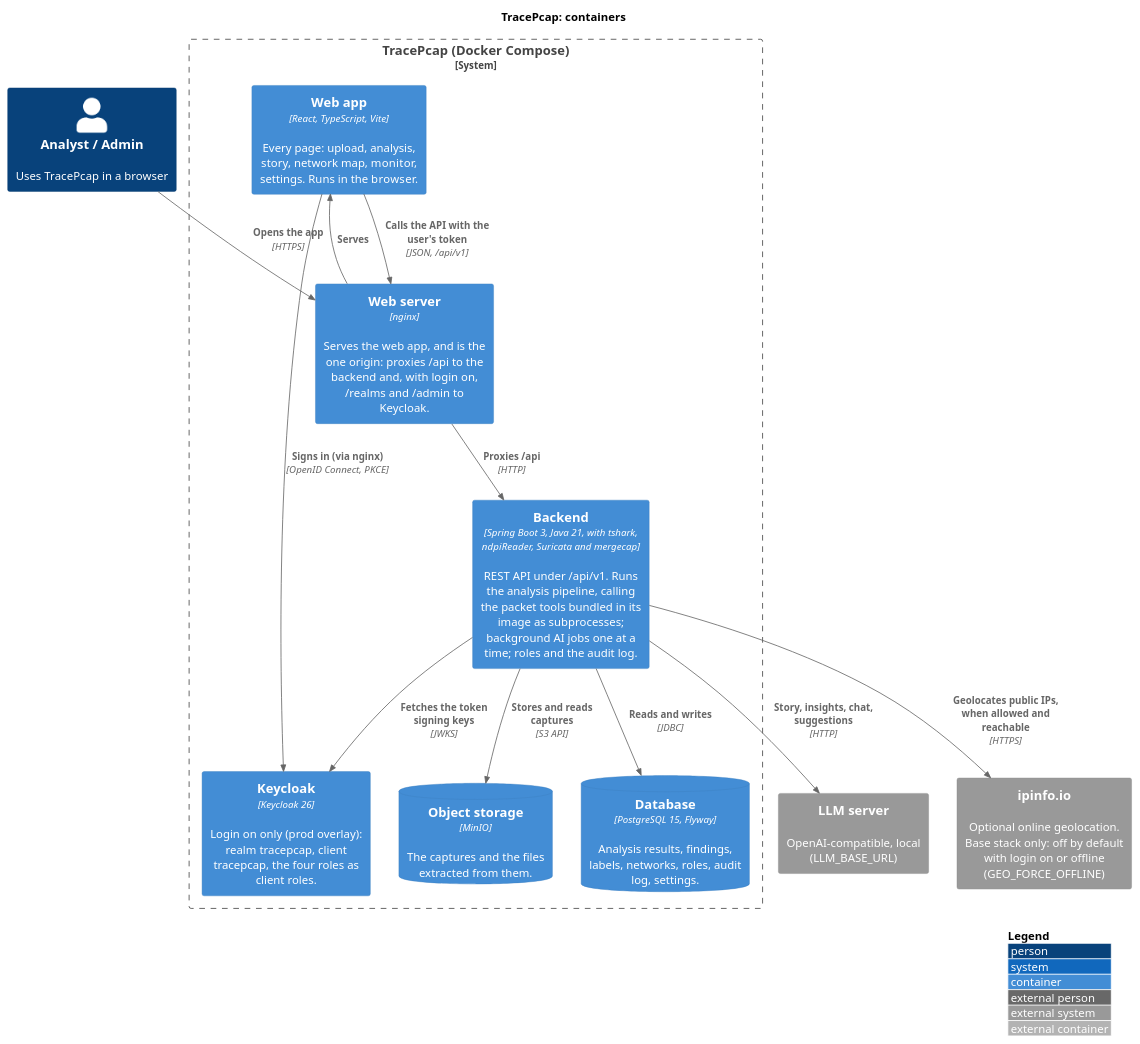
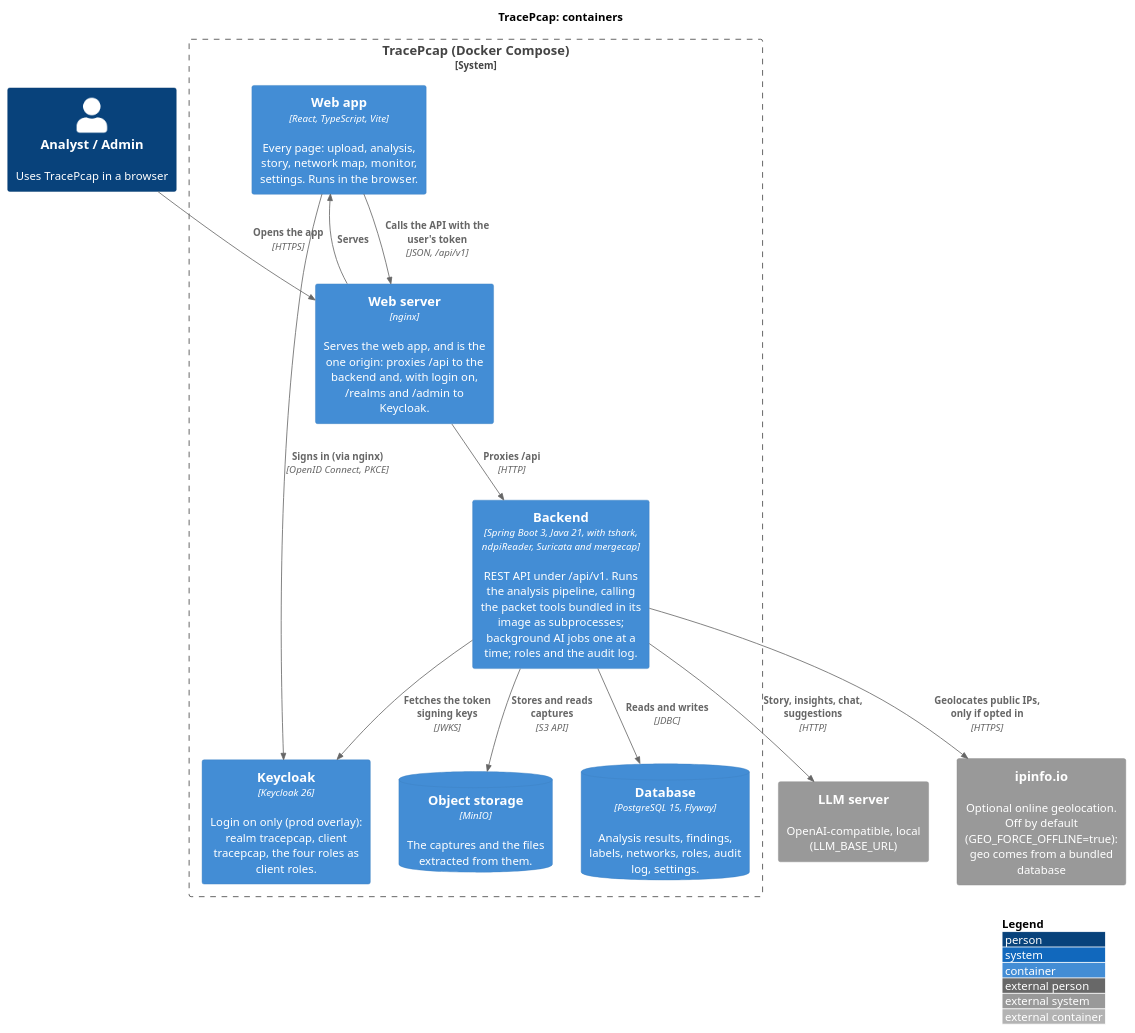
Before and after one commit to NotYuSheng/TracePcap: the diagram in docs/architecture/c4/container.puml, drawn with PlantUML. The commit also changed 17 other files, not shown here.

First line of the commit message:
geo: never probe or query ipinfo.io unless opted in (GEO_FORCE_OFFLINE defaults to true everywhere)

```diff
--- a/docs/architecture/c4/container.puml
+++ b/docs/architecture/c4/container.puml
@@ -1,34 +1,34 @@
 @startuml container
 ' TracePcap: C4 level 2, containers. Render: scripts/render-diagrams.sh
 ' What runs where: docker-compose.yml (base stack), plus docker-compose.prod.yml for login on.
 !include <C4/C4_Container>
 
 LAYOUT_WITH_LEGEND()
 title TracePcap: containers
 
 Person(analyst, "Analyst / Admin", "Uses TracePcap in a browser")
 
 System_Boundary(tracepcap, "TracePcap (Docker Compose)") {
   Container(spa, "Web app", "React, TypeScript, Vite", "Every page: upload, analysis, story, network map, monitor, settings. Runs in the browser.")
   Container(nginx, "Web server", "nginx", "Serves the web app, and is the one origin: proxies /api to the backend and, with login on, /realms and /admin to Keycloak.")
   Container(backend, "Backend", "Spring Boot 3, Java 21, with tshark, ndpiReader, Suricata and mergecap", "REST API under /api/v1. Runs the analysis pipeline, calling the packet tools bundled in its image as subprocesses; background AI jobs one at a time; roles and the audit log.")
   ContainerDb(postgres, "Database", "PostgreSQL 15, Flyway", "Analysis results, findings, labels, networks, roles, audit log, settings.")
   ContainerDb(minio, "Object storage", "MinIO", "The captures and the files extracted from them.")
   Container(keycloak, "Keycloak", "Keycloak 26", "Login on only (prod overlay): realm tracepcap, client tracepcap, the four roles as client roles.")
 }
 
 System_Ext(llm, "LLM server", "OpenAI-compatible, local (LLM_BASE_URL)")
-System_Ext(ipinfo, "ipinfo.io", "Optional online geolocation. Base stack only: off by default with login on or offline (GEO_FORCE_OFFLINE)")
+System_Ext(ipinfo, "ipinfo.io", "Optional online geolocation. Off by default (GEO_FORCE_OFFLINE=true): geo comes from a bundled database")
 
 Rel(analyst, nginx, "Opens the app", "HTTPS")
 Rel(nginx, spa, "Serves")
 Rel(spa, nginx, "Calls the API with the user's token", "JSON, /api/v1")
 Rel(spa, keycloak, "Signs in (via nginx)", "OpenID Connect, PKCE")
 Rel(nginx, backend, "Proxies /api", "HTTP")
 Rel(backend, keycloak, "Fetches the token signing keys", "JWKS")
 Rel(backend, postgres, "Reads and writes", "JDBC")
 Rel(backend, minio, "Stores and reads captures", "S3 API")
 Rel(backend, llm, "Story, insights, chat, suggestions", "HTTP")
-Rel(backend, ipinfo, "Geolocates public IPs, when allowed and reachable", "HTTPS")
+Rel(backend, ipinfo, "Geolocates public IPs, only if opted in", "HTTPS")
 
 @enduml
```
